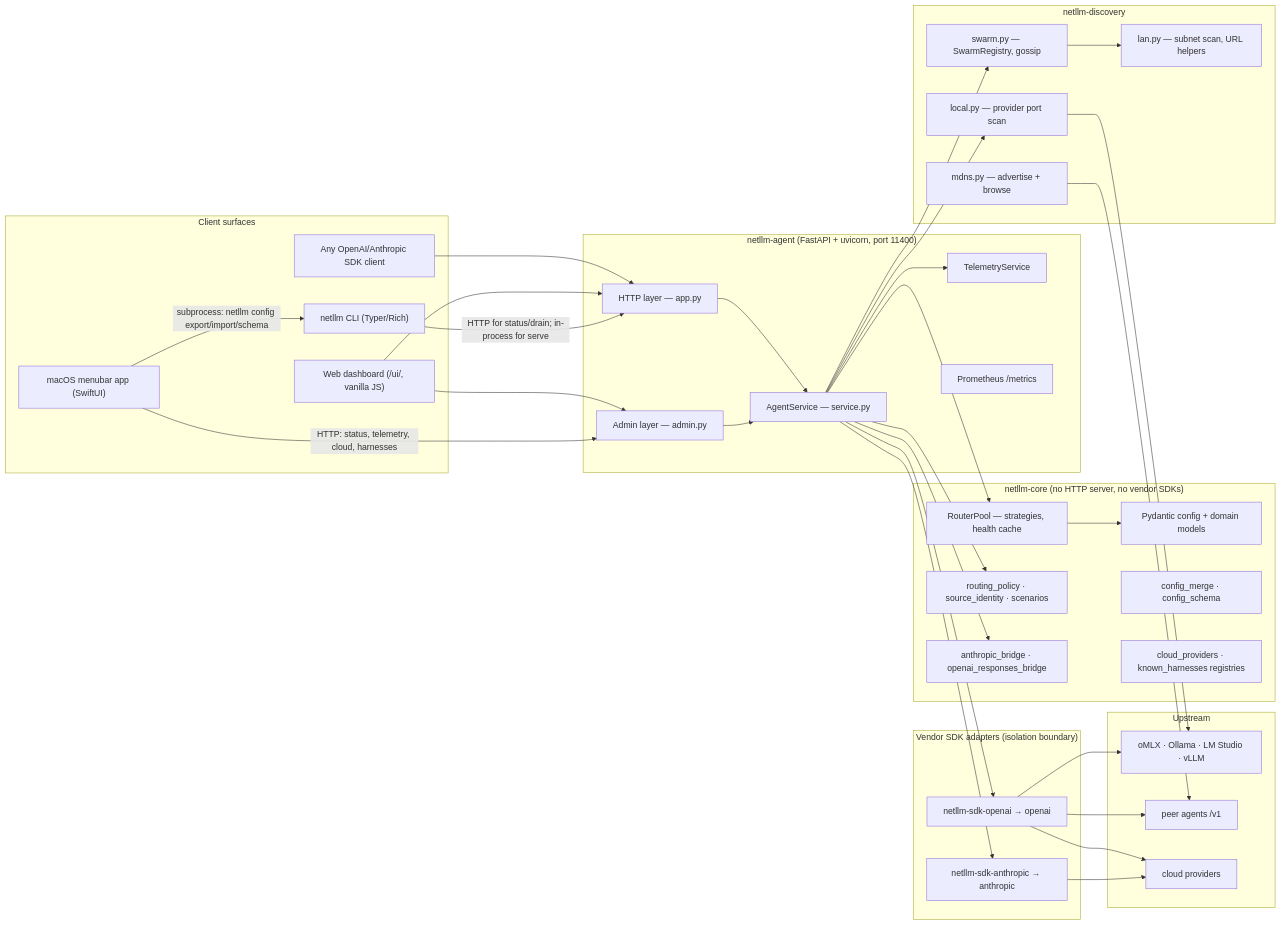
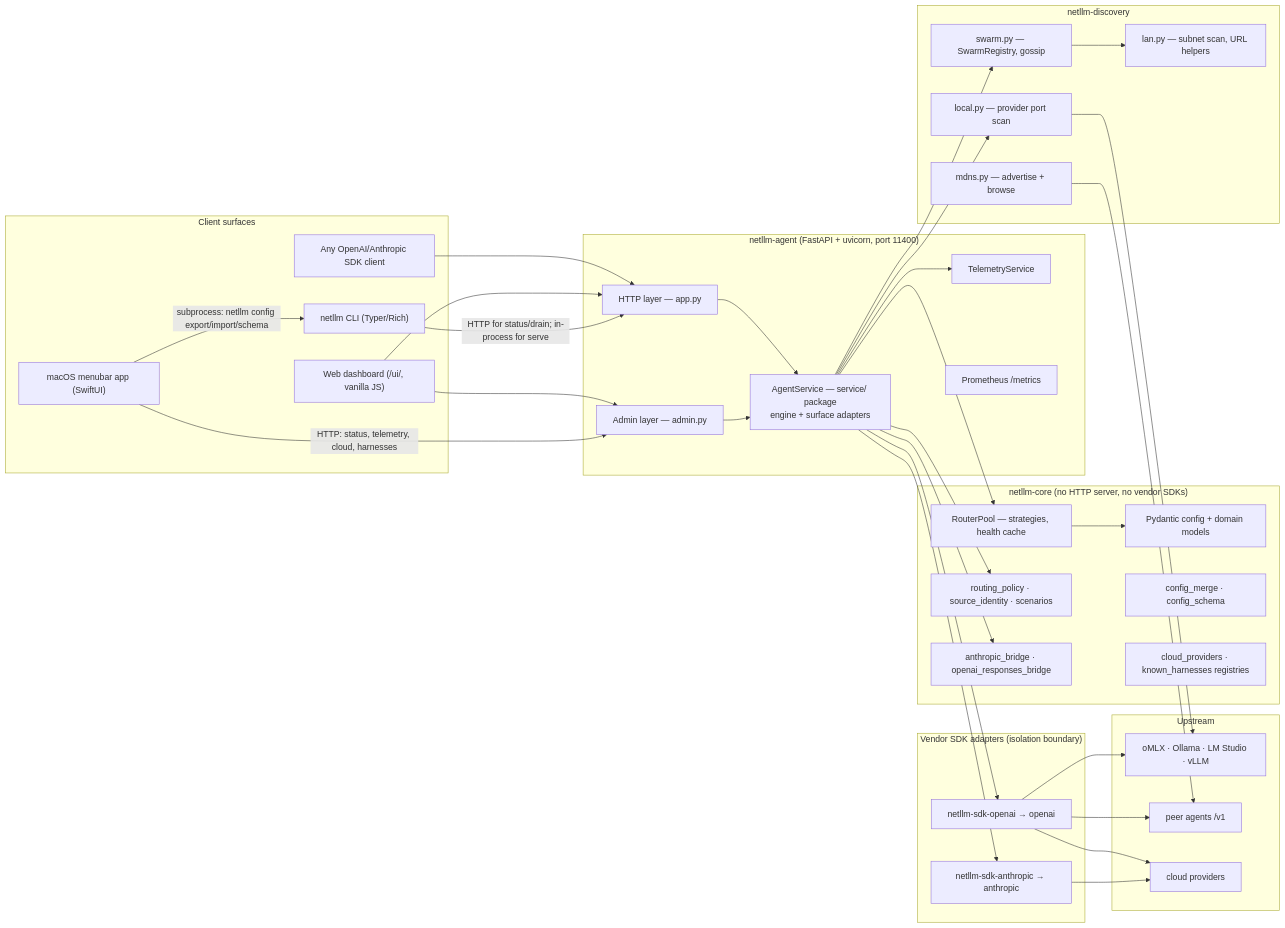
One commit to matthewdcage/llm-swarm-router changed the second of 2 diagrams in docs/architecture/01-system-overview.md. Above: the diagram before and after it, drawn with Mermaid. The commit also changed other lines of this file and 77 other files, not shown here.

````diff
--- a/docs/architecture/01-system-overview.md
+++ b/docs/architecture/01-system-overview.md
@@ -57,70 +57,70 @@
 ```mermaid
 flowchart LR
     subgraph clients["Client surfaces"]
         CLI["netllm CLI (Typer/Rich)"]
         MAC["macOS menubar app (SwiftUI)"]
         WEB["Web dashboard (/ui/, vanilla JS)"]
         SDKC["Any OpenAI/Anthropic SDK client"]
     end
 
     subgraph agent["netllm-agent (FastAPI + uvicorn, port 11400)"]
         API["HTTP layer — app.py"]
         ADMIN["Admin layer — admin.py"]
-        SVC["AgentService — service.py"]
+        SVC["AgentService — service/ package<br/>engine + surface adapters"]
         TEL["TelemetryService"]
         MET["Prometheus /metrics"]
     end
 
     subgraph core["netllm-core (no HTTP server, no vendor SDKs)"]
         POOL["RouterPool — strategies, health cache"]
         POL["routing_policy · source_identity · scenarios"]
         MODELS["Pydantic config + domain models"]
         MERGE["config_merge · config_schema"]
         BRIDGE["anthropic_bridge · openai_responses_bridge"]
         CLOUD["cloud_providers · known_harnesses registries"]
     end
 
     subgraph disc["netllm-discovery"]
         LOCAL["local.py — provider port scan"]
         LAN["lan.py — subnet scan, URL helpers"]
         MDNS["mdns.py — advertise + browse"]
         SWARM["swarm.py — SwarmRegistry, gossip"]
     end
 
     subgraph sdk["Vendor SDK adapters (isolation boundary)"]
         OAI["netllm-sdk-openai → openai"]
         ANT["netllm-sdk-anthropic → anthropic"]
     end
 
     subgraph upstream["Upstream"]
         PROV["oMLX · Ollama · LM Studio · vLLM"]
         PEERS["peer agents /v1"]
         CLOUDP["cloud providers"]
     end
 
     SDKC --> API
     WEB --> API
     WEB --> ADMIN
     MAC -->|"HTTP: status, telemetry, cloud, harnesses"| ADMIN
     MAC -->|"subprocess: netllm config export/import/schema"| CLI
     CLI -->|"HTTP for status/drain; in-process for serve"| API
 
     API --> SVC
     ADMIN --> SVC
     SVC --> POOL
     SVC --> POL
     SVC --> BRIDGE
     SVC --> SWARM
     SVC --> TEL
     SVC --> OAI
     SVC --> ANT
     POOL --> MODELS
     SWARM --> LAN
     SVC --> LOCAL
     LOCAL --> PROV
     OAI --> PROV
     OAI --> PEERS
     OAI --> CLOUDP
     ANT --> CLOUDP
     MDNS --> PEERS
 ```
````
